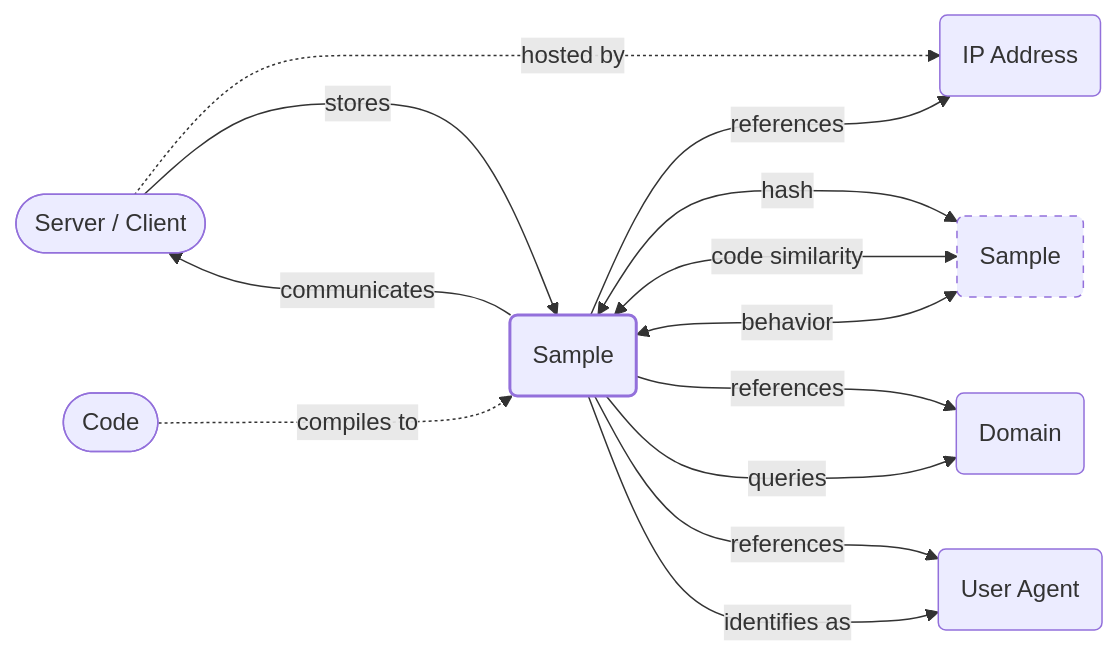
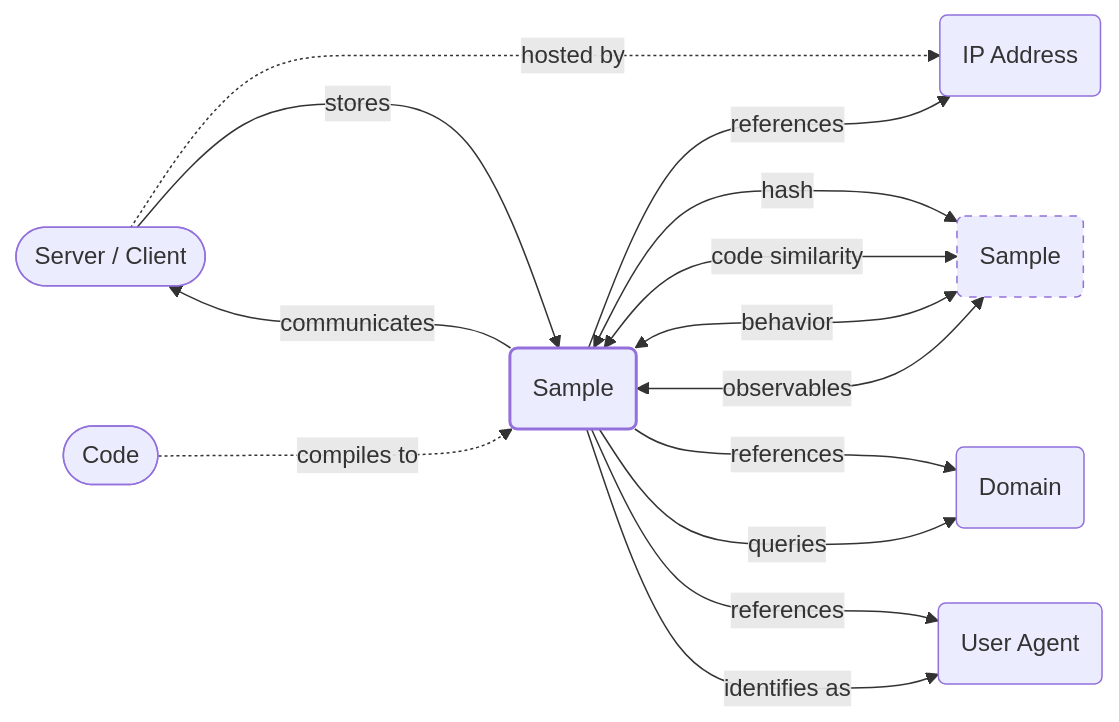
One commit to korniko98/pivot-atlas changed the first of 2 diagrams in docs/artifacts/sample.md. Above: the diagram before and after it, drawn with Mermaid. The commit also changed 1 other file, not shown here.

Commit message:
Update sample.md (#24)

````diff
--- a/docs/artifacts/sample.md
+++ b/docs/artifacts/sample.md
@@ -34,39 +34,40 @@
 	```mermaid
 	flowchart LR
 		classDef primary stroke-width: 2px
 		classDef secondary stroke-dasharray: 5 5
 		
 		%% define nodes
 		IP_ADDRESS(IP Address)
 		DOMAIN(Domain)
 		SERVER([Server / Client])
 		SAMPLE(Sample):::primary
 		USER_AGENT(User Agent)
 		SAMPLE_(Sample):::secondary
 		CODE([Code])
 		
 		%% define edges
 
 		SAMPLE -- references ---> IP_ADDRESS
 		SERVER -. hosted by .-> IP_ADDRESS
 		SERVER -- stores --> SAMPLE
 		SAMPLE -- communicates ---> SERVER
 		SAMPLE <-- hash ---> SAMPLE_
 		SAMPLE <-- code similarity --> SAMPLE_
 		SAMPLE <-- behavior --> SAMPLE_
+		SAMPLE <-- observables --> SAMPLE_
 
 		SAMPLE -- references ---> DOMAIN
 		SAMPLE -- queries ---> DOMAIN
 		SAMPLE -- references --> USER_AGENT
 		SAMPLE -- identifies as ---> USER_AGENT
 		
 		CODE -. compiles to ..-> SAMPLE
 		
 		%% define links
 		click IP_ADDRESS "#ip-addresses"
 		click DOMAIN "#domains"
 		click SERVER "#servers"
 		click SAMPLE_ "#samples"
 		click USER_AGENT "#user-agents"
 		click CODE "#source-code"
 	```
````
